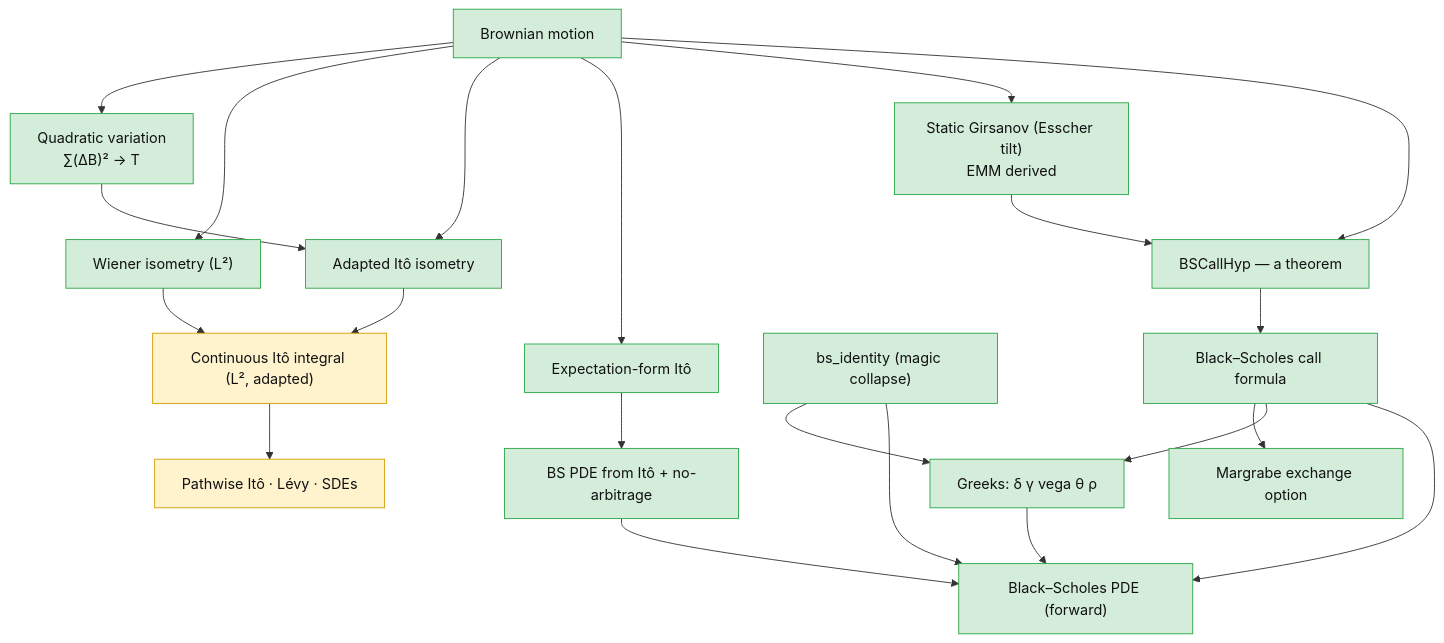
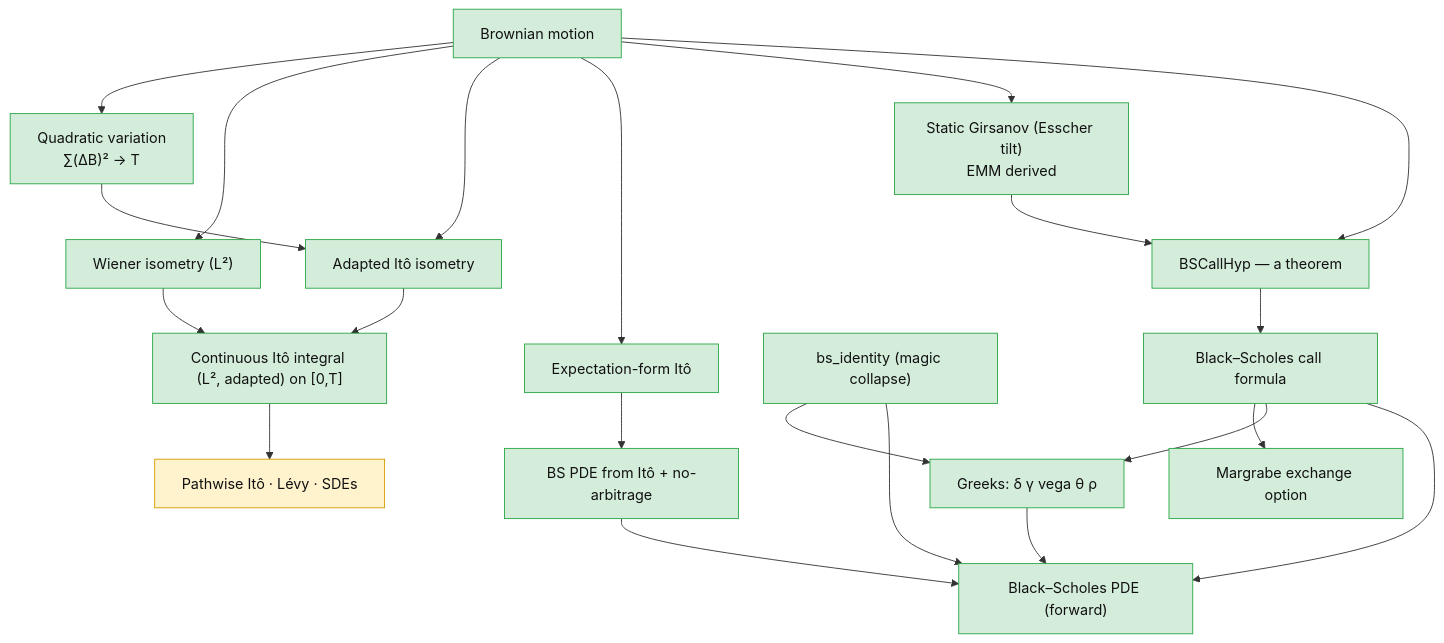
The diagram in docs/blueprint.md (raphaelrrcoelho/formal-mathfin), drawn with Mermaid before and after one commit. The commit also changed other lines of this file and 58 other files, not shown here.

````diff
--- a/docs/blueprint.md
+++ b/docs/blueprint.md
@@ -19,42 +19,42 @@
 ```mermaid
 graph TD
   BM["Brownian motion"]:::proved
   QV["Quadratic variation<br/>∑(ΔB)² → T"]:::proved
   WI["Wiener isometry (L²)"]:::proved
   II["Adapted Itô isometry"]:::proved
   EI["Expectation-form Itô"]:::proved
   GIR["Static Girsanov (Esscher tilt)<br/>EMM derived"]:::proved
   BCH["BSCallHyp — a theorem"]:::proved
   BSF["Black–Scholes call formula"]:::proved
   BID["bs_identity (magic collapse)"]:::proved
   GRK["Greeks: δ γ vega θ ρ"]:::proved
   PDE["Black–Scholes PDE (forward)"]:::proved
   IPDE["BS PDE from Itô + no-arbitrage"]:::proved
   MAR["Margrabe exchange option"]:::proved
-  CONT["Continuous Itô integral (L², adapted)"]:::gated
+  CONT["Continuous Itô integral (L², adapted) on [0,T]"]:::proved
   PATH["Pathwise Itô · Lévy · SDEs"]:::gated
 
   BM --> QV
   BM --> WI
   BM --> II
   QV --> II
   BM --> EI
   BM --> GIR
   GIR --> BCH
   BM --> BCH
   BCH --> BSF
   BSF --> MAR
   BSF --> GRK
   BSF --> PDE
   BID --> GRK
   BID --> PDE
   GRK --> PDE
   EI --> IPDE
   IPDE --> PDE
   WI --> CONT
   II --> CONT
   CONT --> PATH
 
   classDef proved fill:#d4edda,stroke:#28a745,color:#111;
   classDef gated fill:#fff3cd,stroke:#d39e00,color:#111;
 ```
````
